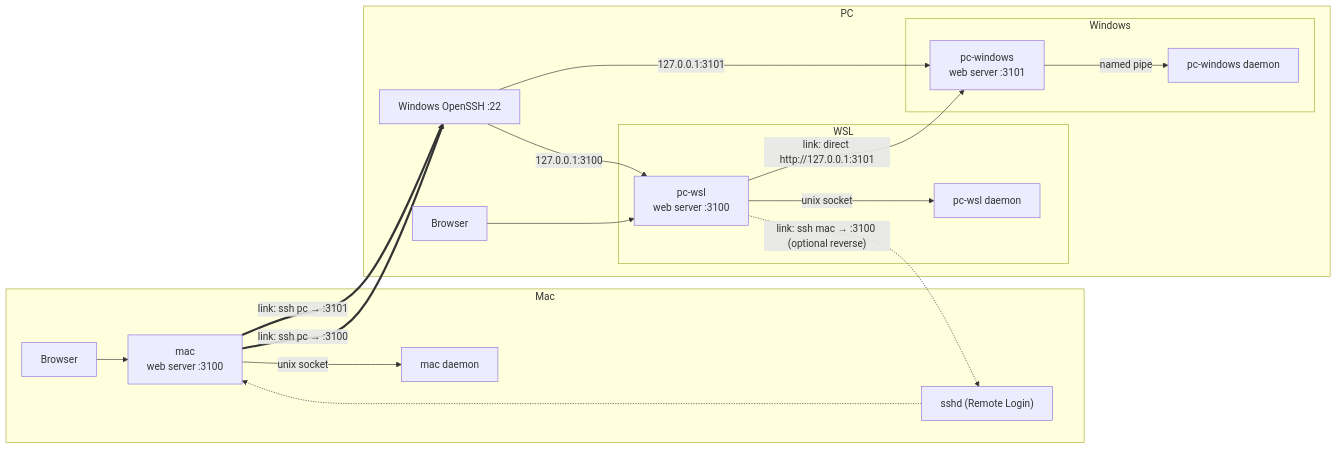
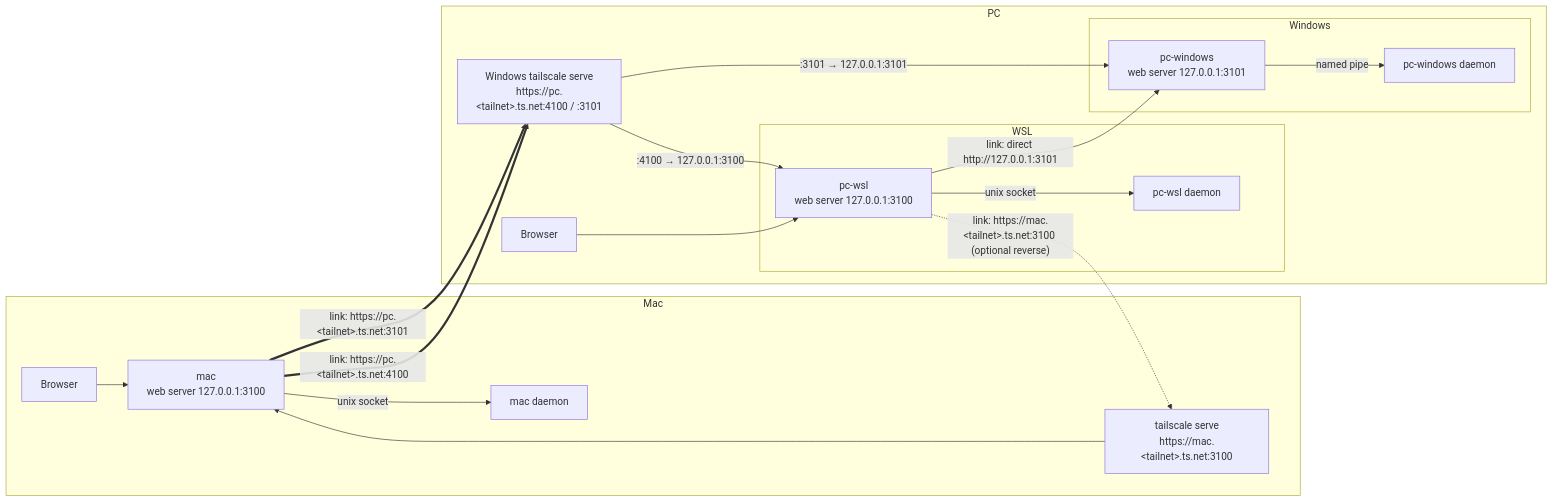
One commit to staff0rd/assist changed the diagram in docs/multi-node-sessions.md. Above: the diagram before and after it, drawn with Mermaid. The commit also changed other lines of this file and 44 other files, not shown here.

````diff
--- a/docs/multi-node-sessions.md
+++ b/docs/multi-node-sessions.md
@@ -10,35 +10,35 @@
 ```mermaid
 flowchart LR
   subgraph Mac["Mac"]
     MacBrowser["Browser"]
-    MacWeb["mac<br/>web server :3100"]
+    MacWeb["mac<br/>web server 127.0.0.1:3100"]
     MacDaemon["mac daemon"]
-    MacSshd["sshd (Remote Login)"]
+    MacServe["tailscale serve<br/>https://mac.&lt;tailnet&gt;.ts.net:3100"]
     MacBrowser --> MacWeb
     MacWeb -- "unix socket" --> MacDaemon
+    MacServe --> MacWeb
   end
 
   subgraph PC["PC"]
-    WinSshd["Windows OpenSSH :22"]
+    WinServe["Windows tailscale serve<br/>https://pc.&lt;tailnet&gt;.ts.net:4100 / :3101"]
     subgraph WSL["WSL"]
-      WslWeb["pc-wsl<br/>web server :3100"]
+      WslWeb["pc-wsl<br/>web server 127.0.0.1:3100"]
       WslDaemon["pc-wsl daemon"]
       WslWeb -- "unix socket" --> WslDaemon
     end
     subgraph Win["Windows"]
-      WinWeb["pc-windows<br/>web server :3101"]
+      WinWeb["pc-windows<br/>web server 127.0.0.1:3101"]
       WinDaemon["pc-windows daemon"]
       WinWeb -- "named pipe" --> WinDaemon
     end
     PCBrowser["Browser"]
     PCBrowser --> WslWeb
-    WinSshd -- "127.0.0.1:3100" --> WslWeb
-    WinSshd -- "127.0.0.1:3101" --> WinWeb
+    WinServe -- ":4100 → 127.0.0.1:3100" --> WslWeb
+    WinServe -- ":3101 → 127.0.0.1:3101" --> WinWeb
   end
 
-  MacWeb == "link: ssh pc → :3100" ==> WinSshd
-  MacWeb == "link: ssh pc → :3101" ==> WinSshd
+  MacWeb == "link: https://pc.&lt;tailnet&gt;.ts.net:4100" ==> WinServe
+  MacWeb == "link: https://pc.&lt;tailnet&gt;.ts.net:3101" ==> WinServe
   WslWeb -- "link: direct http://127.0.0.1:3101" --> WinWeb
-  WslWeb -. "link: ssh mac → :3100 (optional reverse)" .-> MacSshd
-  MacSshd -.-> MacWeb
+  WslWeb -. "link: https://mac.&lt;tailnet&gt;.ts.net:3100 (optional reverse)" .-> MacServe
 ```
````
